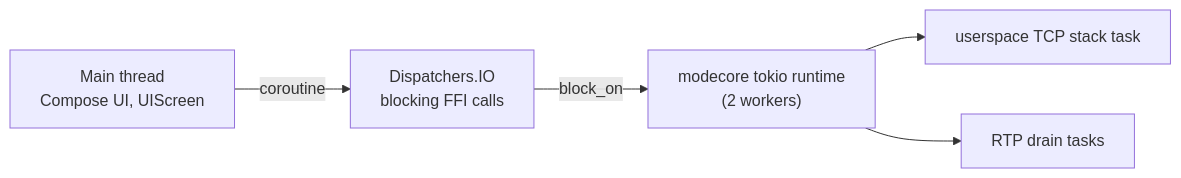
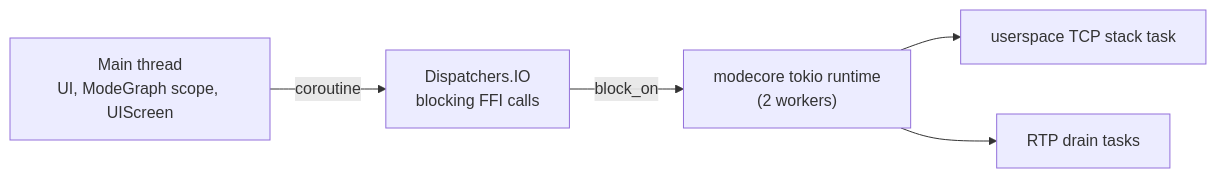
The fourth of 5 diagrams in docs/architecture.md (Piyusinha/mode), drawn with Mermaid before and after one commit. The commit also changed other lines of this file and 2 other files, not shown here.

````diff
--- a/docs/architecture.md
+++ b/docs/architecture.md
@@ -198,7 +282,7 @@
 ```mermaid
 flowchart LR
-    main["Main thread<br/>Compose UI, UIScreen"] -- "coroutine" --> io["Dispatchers.IO<br/>blocking FFI calls"]
+    main["Main thread<br/>UI, ModeGraph scope, UIScreen"] -- "coroutine" --> io["Dispatchers.IO<br/>blocking FFI calls"]
     io -- "block_on" --> rt["modecore tokio runtime<br/>(2 workers)"]
     rt --> tcp["userspace TCP stack task"]
     rt --> drain["RTP drain tasks"]
 ```
````
